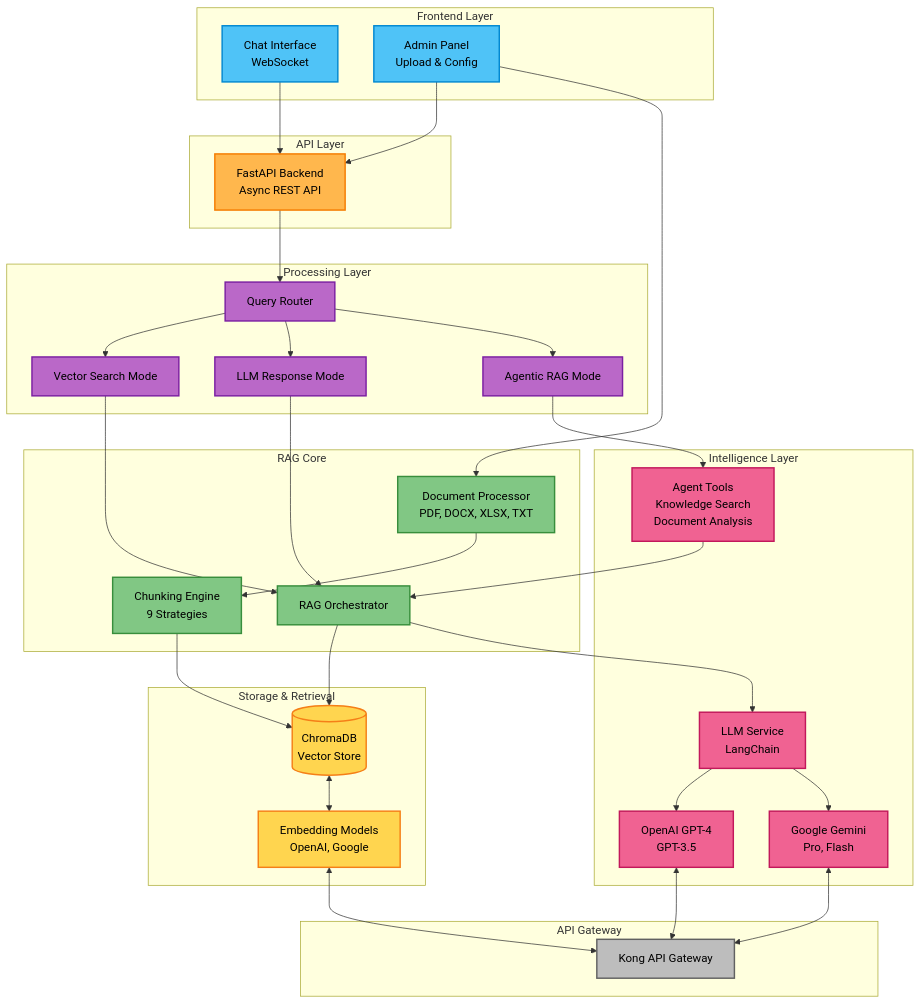
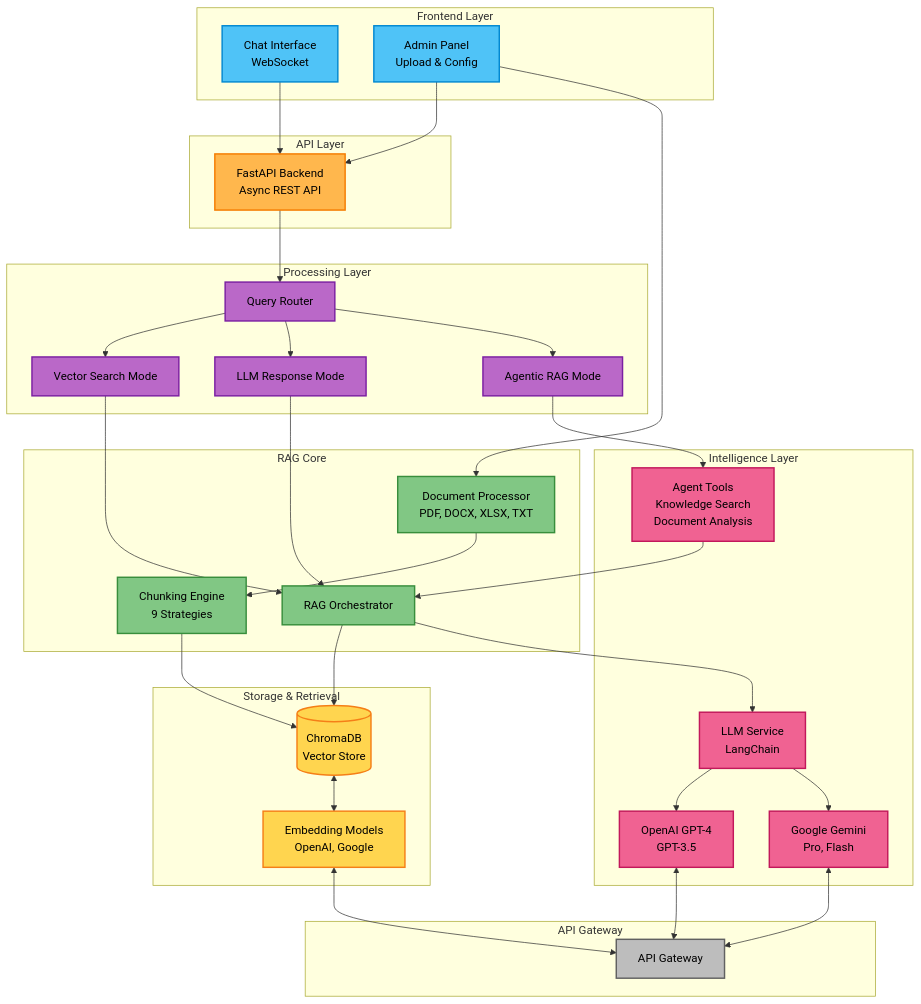
Before and after one commit to hmunjuluri05/custom-rag: the diagram in README.md, drawn with Mermaid. The commit also changed other lines of this file and 5 other files, not shown here.

````diff
--- a/README.md
+++ b/README.md
@@ -141,76 +141,76 @@
 ```mermaid
 graph TB
     subgraph "Frontend Layer"
         A[Chat Interface<br/>WebSocket]
         B[Admin Panel<br/>Upload & Config]
     end
 
     subgraph "API Layer"
         C[FastAPI Backend<br/>Async REST API]
     end
 
     subgraph "Processing Layer"
         D[Query Router]
         E[Vector Search Mode]
         F[LLM Response Mode]
         G[Agentic RAG Mode]
     end
 
     subgraph "RAG Core"
         H[Document Processor<br/>PDF, DOCX, XLSX, TXT]
         I[Chunking Engine<br/>9 Strategies]
         J[RAG Orchestrator]
     end
 
     subgraph "Storage & Retrieval"
         K[(ChromaDB<br/>Vector Store)]
         L[Embedding Models<br/>OpenAI, Google]
     end
 
     subgraph "Intelligence Layer"
         M[LLM Service<br/>LangChain]
         N[OpenAI GPT-4<br/>GPT-3.5]
         O[Google Gemini<br/>Pro, Flash]
         P[Agent Tools<br/>Knowledge Search<br/>Document Analysis]
     end
 
     subgraph "API Gateway"
-        Q[Kong API Gateway]
+        Q[API Gateway]
     end
 
     A --> C
     B --> C
     C --> D
     D --> E & F & G
     E --> J
     F --> J
     G --> P
     P --> J
     B --> H
     H --> I
     I --> K
     J --> K
     J --> M
     K <--> L
     M --> N & O
     N & O <--> Q
     L <--> Q
 
     style A fill:#4FC3F7,stroke:#0288D1,stroke-width:2px,color:#000
     style B fill:#4FC3F7,stroke:#0288D1,stroke-width:2px,color:#000
     style C fill:#FFB74D,stroke:#F57C00,stroke-width:2px,color:#000
     style D fill:#BA68C8,stroke:#7B1FA2,stroke-width:2px,color:#000
     style E fill:#BA68C8,stroke:#7B1FA2,stroke-width:2px,color:#000
     style F fill:#BA68C8,stroke:#7B1FA2,stroke-width:2px,color:#000
     style G fill:#BA68C8,stroke:#7B1FA2,stroke-width:2px,color:#000
     style H fill:#81C784,stroke:#388E3C,stroke-width:2px,color:#000
     style I fill:#81C784,stroke:#388E3C,stroke-width:2px,color:#000
     style J fill:#81C784,stroke:#388E3C,stroke-width:2px,color:#000
     style K fill:#FFD54F,stroke:#F57F17,stroke-width:2px,color:#000
     style L fill:#FFD54F,stroke:#F57F17,stroke-width:2px,color:#000
     style M fill:#F06292,stroke:#C2185B,stroke-width:2px,color:#000
     style N fill:#F06292,stroke:#C2185B,stroke-width:2px,color:#000
     style O fill:#F06292,stroke:#C2185B,stroke-width:2px,color:#000
     style P fill:#F06292,stroke:#C2185B,stroke-width:2px,color:#000
     style Q fill:#BDBDBD,stroke:#616161,stroke-width:2px,color:#000
 ```
````
